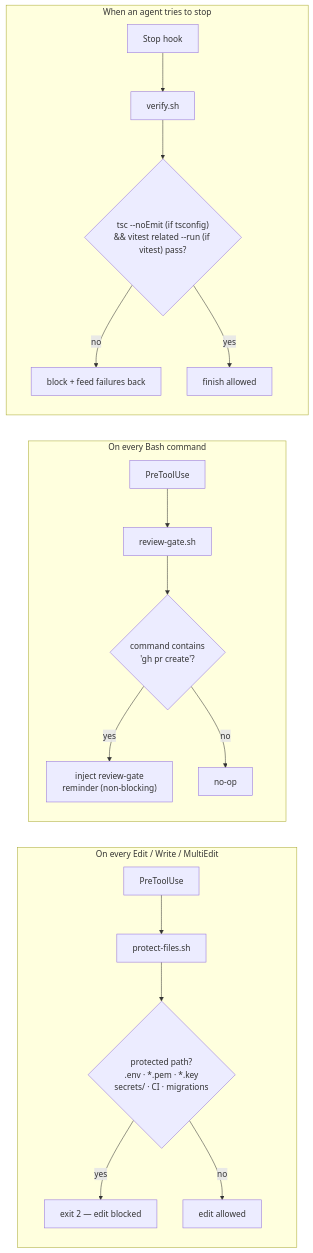
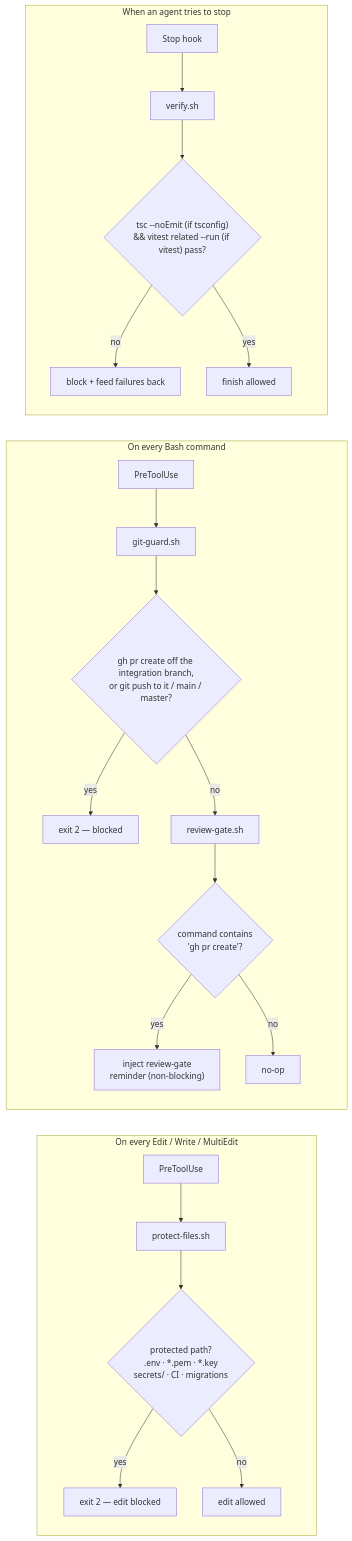
Before and after one commit to slenderman2511/AgentAutoKit: the fifth of 6 diagrams in README.md, drawn with Mermaid. The commit also changed other lines of this file and 16 other files, not shown here.

First line of the commit message:
feat: grill-me skill, git-guard hook, proof-page GIF walkthrough (v2.7.0) (#21)

````diff
--- a/README.md
+++ b/README.md
@@ -454,24 +455,27 @@
 ```mermaid
 flowchart LR
   subgraph EVERY["On every Edit / Write / MultiEdit"]
     direction TB
     E1["PreToolUse"] --> PF["protect-files.sh"]
     PF --> PD{"protected path?<br/>.env · *.pem · *.key<br/>secrets/ · CI · migrations"}
     PD -->|yes| BLK["exit 2 — edit blocked"]
     PD -->|no| OK["edit allowed"]
   end
   subgraph PR["On every Bash command"]
     direction TB
-    B1["PreToolUse"] --> RG["review-gate.sh"]
+    B1["PreToolUse"] --> GG["git-guard.sh"]
+    GG --> GD{"gh pr create off the integration branch,<br/>or git push to it / main / master?"}
+    GD -->|yes| GBLK["exit 2 — blocked"]
+    GD -->|no| RG["review-gate.sh"]
     RG --> RC{"command contains<br/>'gh pr create'?"}
     RC -->|yes| REM["inject review-gate<br/>reminder (non-blocking)"]
     RC -->|no| PASS["no-op"]
   end
   subgraph FIN["When an agent tries to stop"]
     direction TB
     S1["Stop hook"] --> VF["verify.sh"]
     VF --> VG{"tsc --noEmit (if tsconfig)<br/>&& vitest related --run (if vitest) pass?"}
     VG -->|no| RB["block + feed failures back"]
     VG -->|yes| DONE["finish allowed"]
   end
 ```
````
